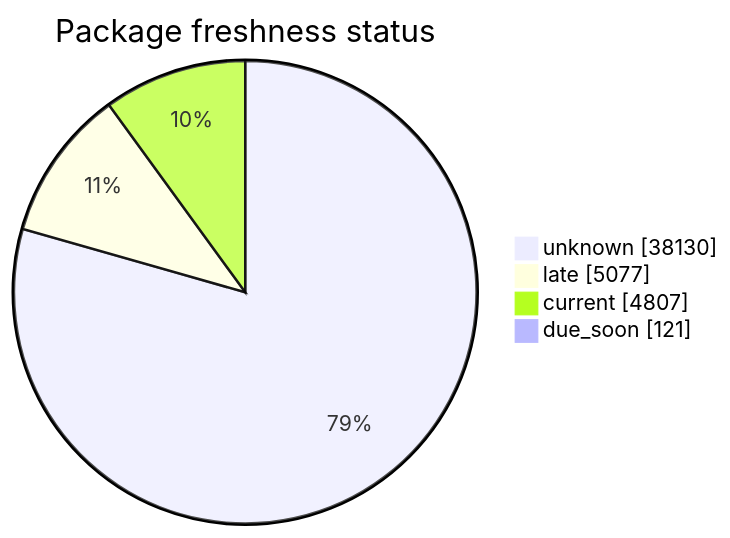
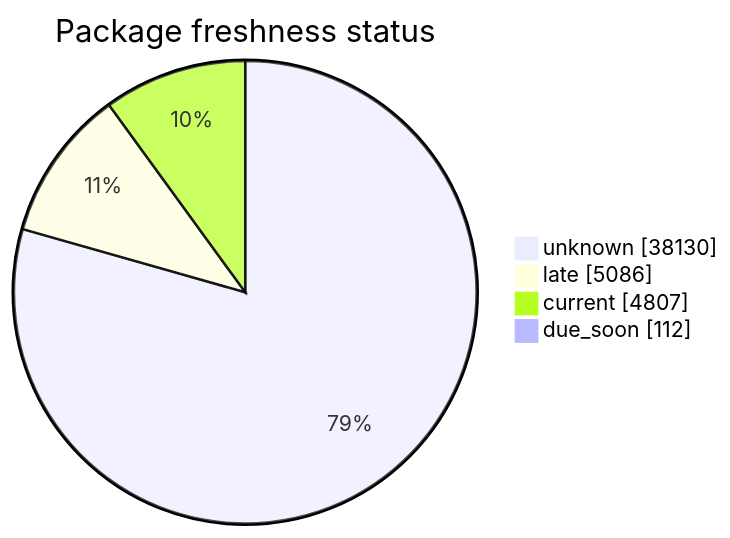
One commit to open-data/analytics-corporate-reporting changed the second of 5 diagrams in FreshCheck/README.md. Above: the diagram before and after it, drawn with Mermaid. The commit also changed other lines of this file and 3 other files, not shown here.

````diff
--- a/FreshCheck/README.md
+++ b/FreshCheck/README.md
@@ -68,7 +68,7 @@
 ```mermaid
 pie showData title Package freshness status
     "unknown": 38130
-    "late": 5077
+    "late": 5086
     "current": 4807
-    "due_soon": 121
+    "due_soon": 112
 ```
````
